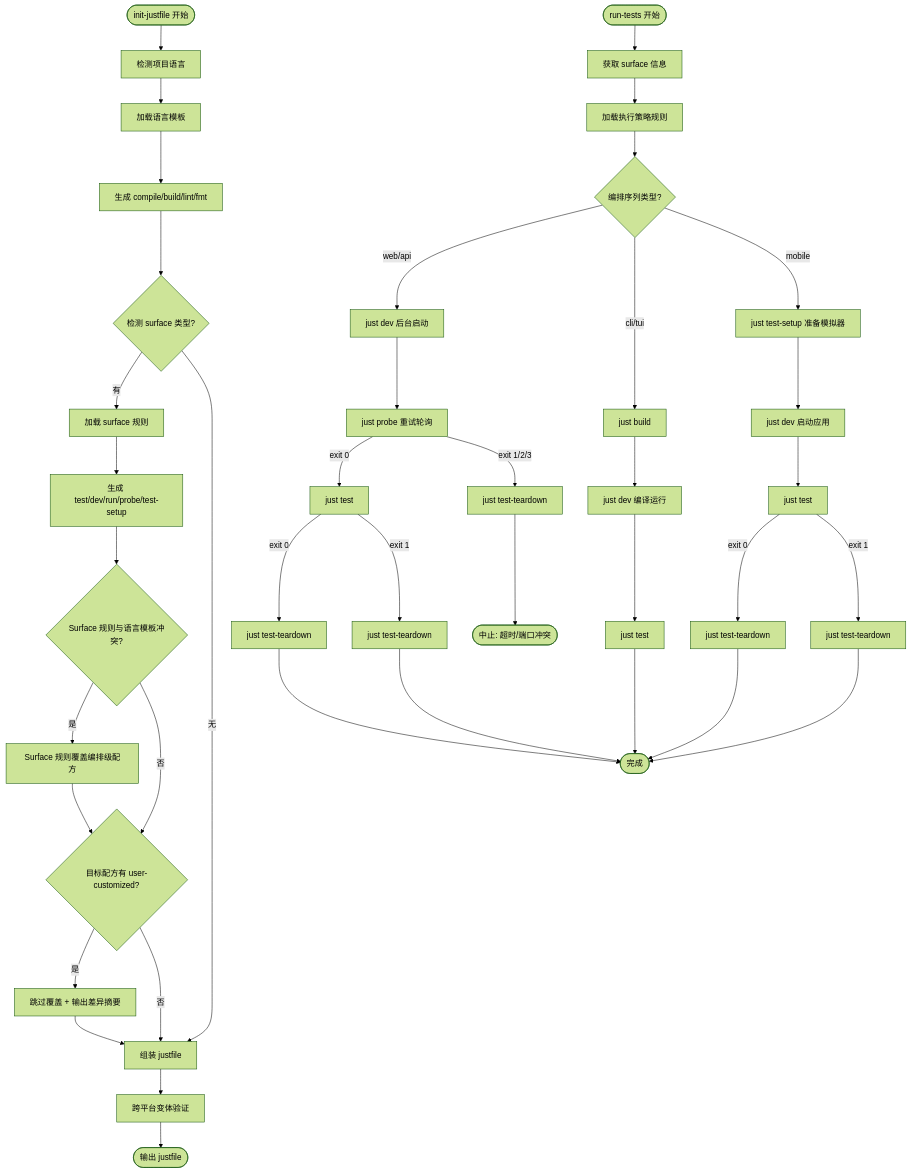
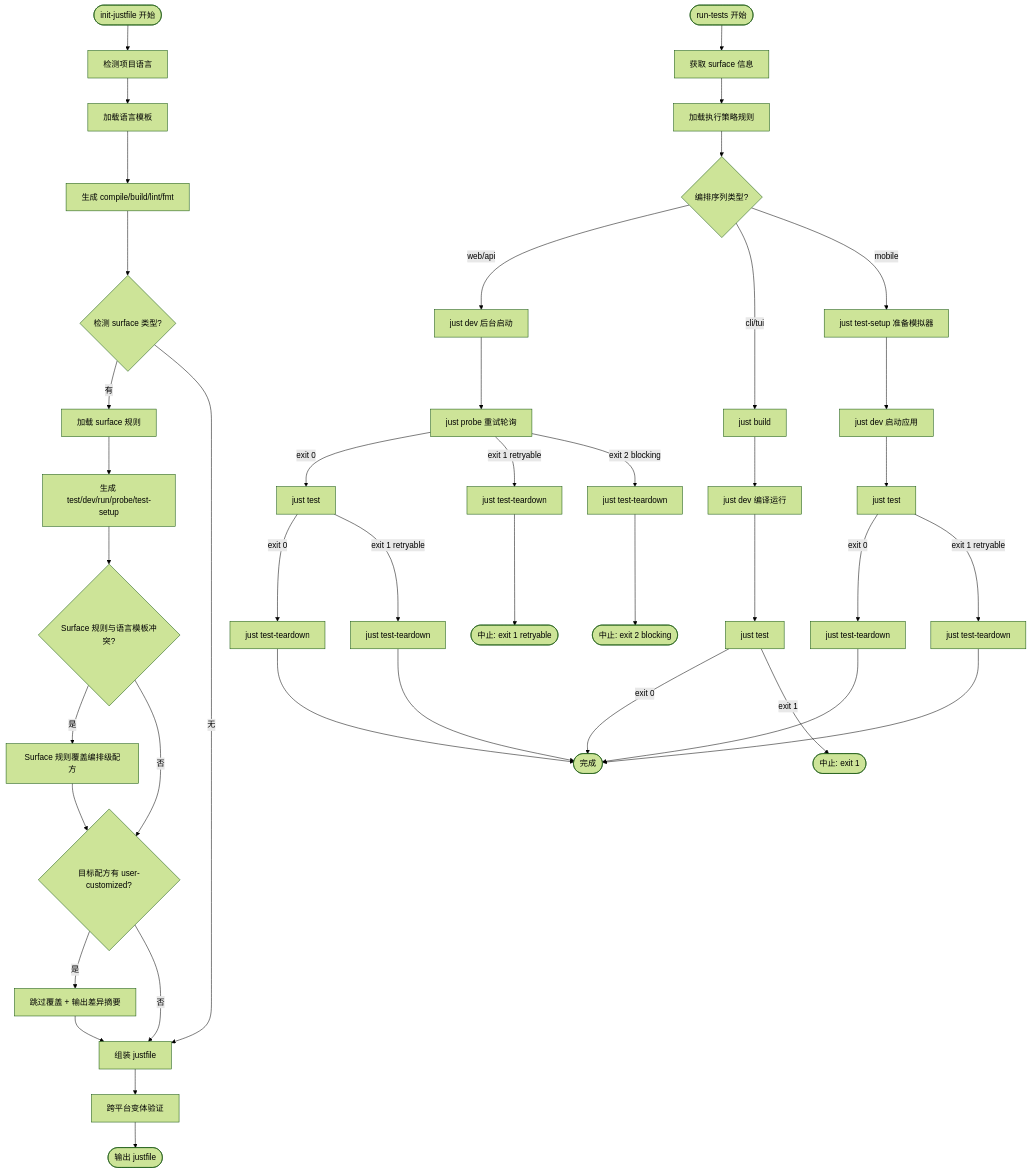
The diagram in docs/features/surface-aware-justfile/prd/prd-spec.md (bigfaner/forge), drawn with Mermaid (forest theme) before and after one commit. The commit also changed other lines of this file and 10 other files, not shown here.

````diff
--- a/docs/features/surface-aware-justfile/prd/prd-spec.md
+++ b/docs/features/surface-aware-justfile/prd/prd-spec.md
@@ -109,30 +217,32 @@
 ```mermaid
 flowchart TD
     Start([init-justfile 开始]) --> Lang[检测项目语言] --> LoadLang[加载语言模板] --> GenBase[生成 compile/build/lint/fmt]
     GenBase --> CheckSurf{检测 surface 类型?}
     CheckSurf -->|有| LoadSurf[加载 surface 规则] --> GenSurf[生成 test/dev/run/probe/test-setup]
     CheckSurf -->|无| Merge[组装 justfile]
     GenSurf --> Arbitrate{Surface 规则与语言模板冲突?}
     Arbitrate -->|是| Override[Surface 规则覆盖编排级配方] --> Protect{目标配方有 user-customized?}
     Arbitrate -->|否| Protect
     Protect -->|是| Skip[跳过覆盖 + 输出差异摘要] --> Merge
     Protect -->|否| Merge
     Merge --> Validate[跨平台变体验证] --> End([输出 justfile])
 
     RunStart([run-tests 开始]) --> GetSurf[获取 surface 信息] --> LoadRule[加载执行策略规则]
     LoadRule --> ExecSeq{编排序列类型?}
     ExecSeq -->|web/api| Dev1[just dev 后台启动] --> Probe[just probe 重试轮询]
     ExecSeq -->|cli/tui| Build[just build] --> Dev2[just dev 编译运行]
     ExecSeq -->|mobile| Setup[just test-setup 准备模拟器] --> Dev3[just dev 启动应用]
 
     Probe -->|exit 0| Test1[just test]
-    Probe -->|exit 1/2/3| Teardown1[just test-teardown] --> Abort1([中止: 超时/端口冲突])
+    Probe -->|exit 1 retryable| Teardown1[just test-teardown] --> Abort1([中止: exit 1 retryable])
+    Probe -->|exit 2 blocking| Teardown1b[just test-teardown] --> Abort1b([中止: exit 2 blocking])
     Dev2 --> Test2[just test]
     Dev3 --> Test3[just test]
 
     Test1 -->|exit 0| Teardown2[just test-teardown] --> RunEnd([完成])
-    Test1 -->|exit 1| Teardown3[just test-teardown] --> RunEnd
-    Test2 --> RunEnd
+    Test1 -->|exit 1 retryable| Teardown3[just test-teardown] --> RunEnd
+    Test2 -->|exit 0| RunEnd
+    Test2 -->|exit 1| RunEndErr([中止: exit 1])
     Test3 -->|exit 0| Teardown4[just test-teardown] --> RunEnd
-    Test3 -->|exit 1| Teardown5[just test-teardown] --> RunEnd
+    Test3 -->|exit 1 retryable| Teardown5[just test-teardown] --> RunEnd
 ```
````
